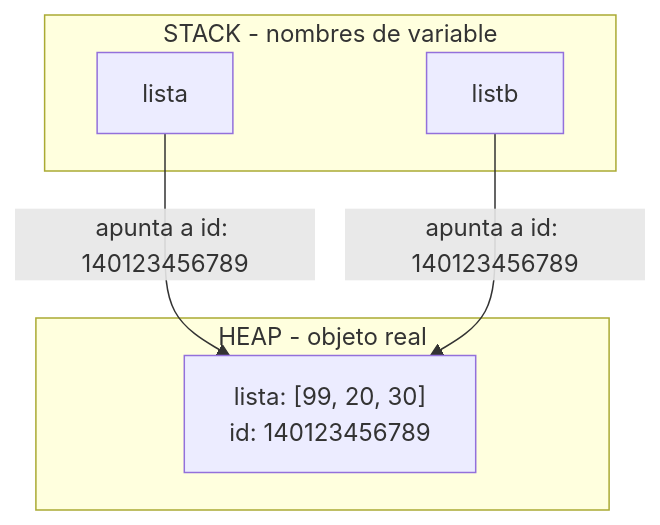
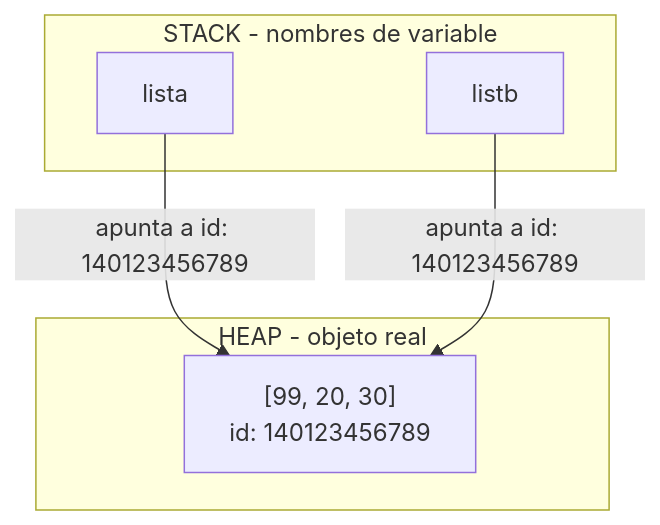
The second of 2 diagrams in 01_estructuras_de_datos/02_listas/LISTAS.md (miguelarb-842/python-study-notes), drawn with Mermaid before and after one commit.

Commit message:
Update object representation in LISTAS.md

````diff
--- a/01_estructuras_de_datos/02_listas/LISTAS.md
+++ b/01_estructuras_de_datos/02_listas/LISTAS.md
@@ -172,15 +172,15 @@
 ```mermaid
 flowchart TD
 
     subgraph STACK["STACK - nombres de variable"]
         lista["lista"]
         listb["listb"]
     end
 
     subgraph HEAP["HEAP - objeto real"]
-        objeto_lista["lista: [99, 20, 30]<br/>id: 140123456789"]
+        objeto_lista["[99, 20, 30]<br/>id: 140123456789"]
     end
 
     lista -->|apunta a id: 140123456789| objeto_lista
     listb -->|apunta a id: 140123456789| objeto_lista
 ```
````
